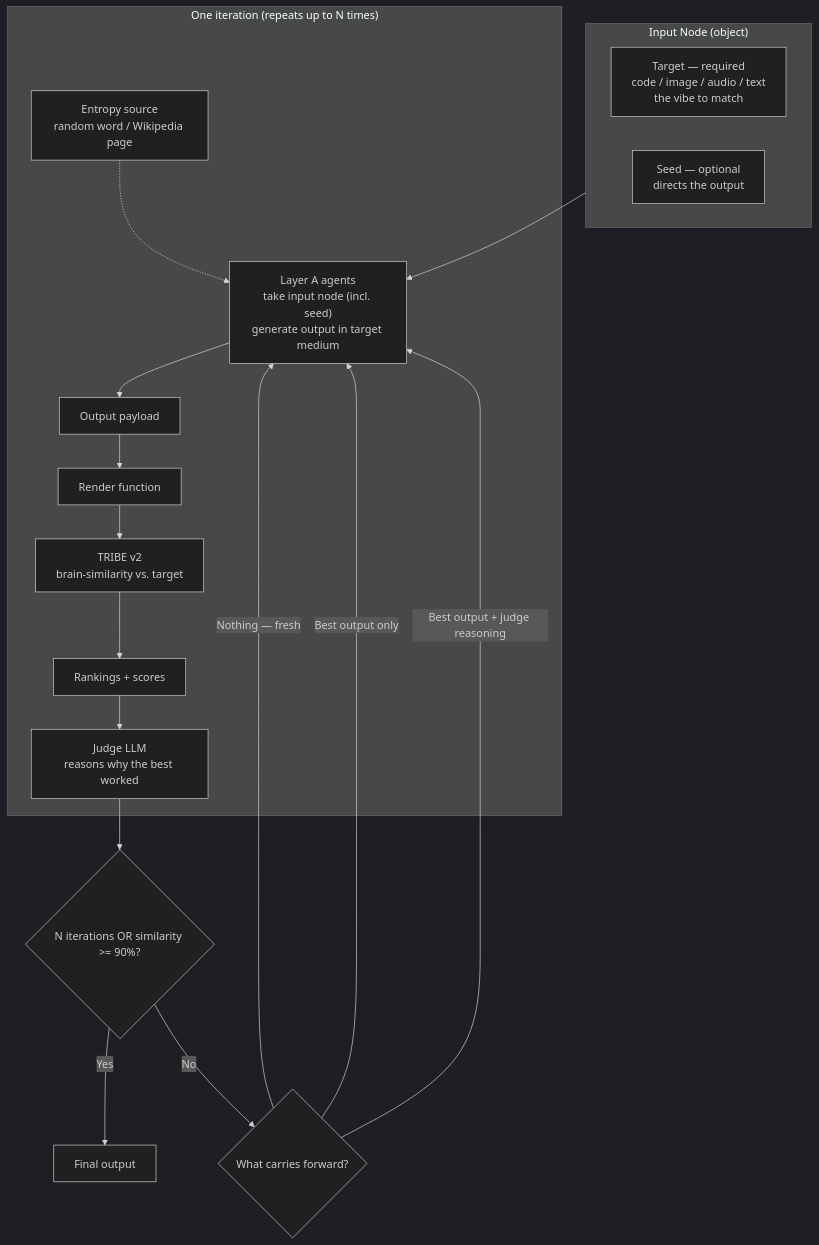
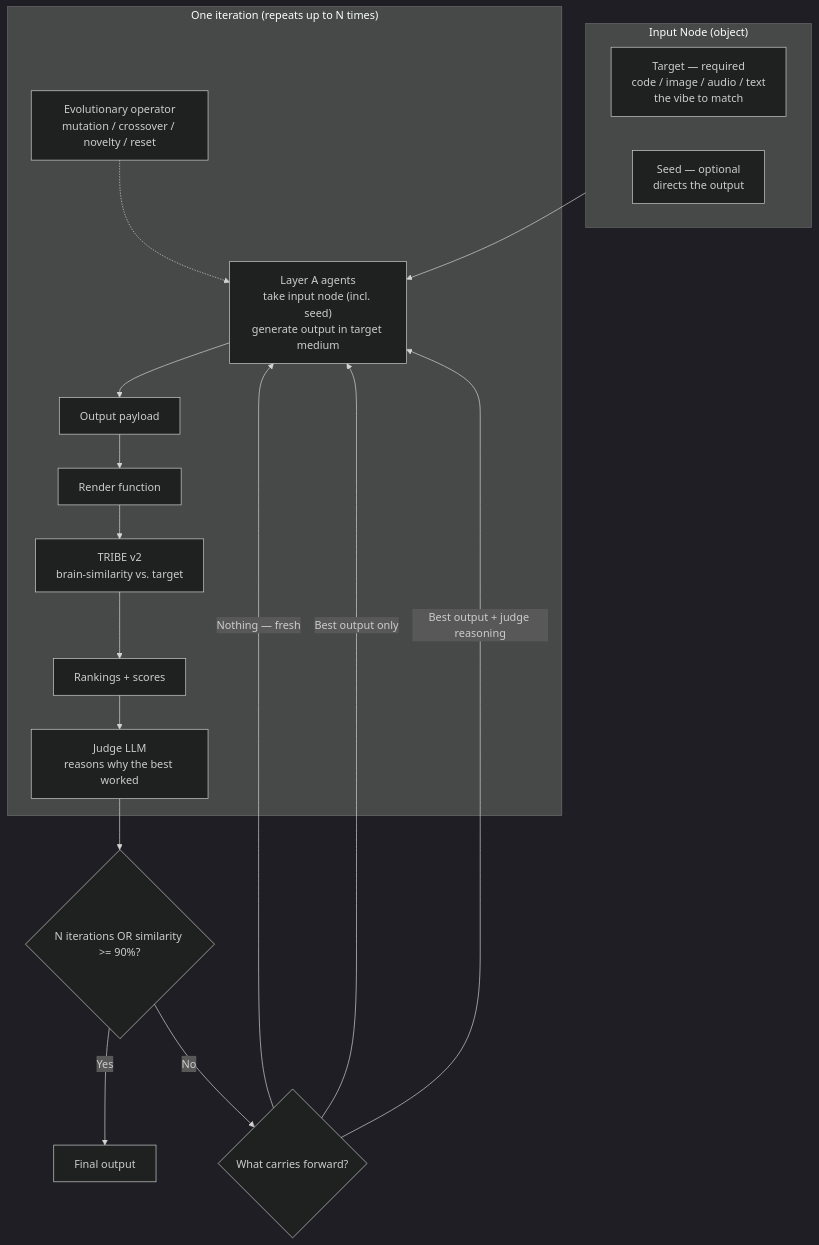
The diagram in docs/ARCHITECTURE.md (EvanZhouDev/felt-1), drawn with Mermaid (dark theme) before and after one commit. The commit also changed other lines of this file and 7 other files, not shown here.

````diff
--- a/docs/ARCHITECTURE.md
+++ b/docs/ARCHITECTURE.md
@@ -54,24 +57,24 @@
 ```mermaid
 flowchart TD
     subgraph InputNode["Input Node (object)"]
         Target["Target — required<br>code / image / audio / text<br>the vibe to match"]
         Seed["Seed — optional<br>directs the output"]
     end
     InputNode --> Agents
     subgraph Iteration["One iteration (repeats up to N times)"]
         Agents["Layer A agents<br>take input node (incl. seed)<br>generate output in target medium"]
-        Entropy["Entropy source<br>random word / Wikipedia page"]
-        Entropy -.-> Agents
+        Operator["Evolutionary operator<br>mutation / crossover / novelty / reset"]
+        Operator -.-> Agents
         Agents --> Payload["Output payload"]
         Payload --> Render["Render function"]
         Render --> Tribe["TRIBE v2<br>brain-similarity vs. target"]
         Tribe --> Rank["Rankings + scores"]
         Rank --> Judge["Judge LLM<br>reasons why the best worked"]
     end
     Judge --> Terminate{"N iterations OR similarity >= 90%?"}
     Terminate -->|Yes| Final["Final output"]
     Terminate -->|No| NextGen{"What carries forward?"}
     NextGen -->|"Nothing — fresh"| Agents
     NextGen -->|"Best output only"| Agents
     NextGen -->|"Best output + judge reasoning"| Agents
 ```
````
